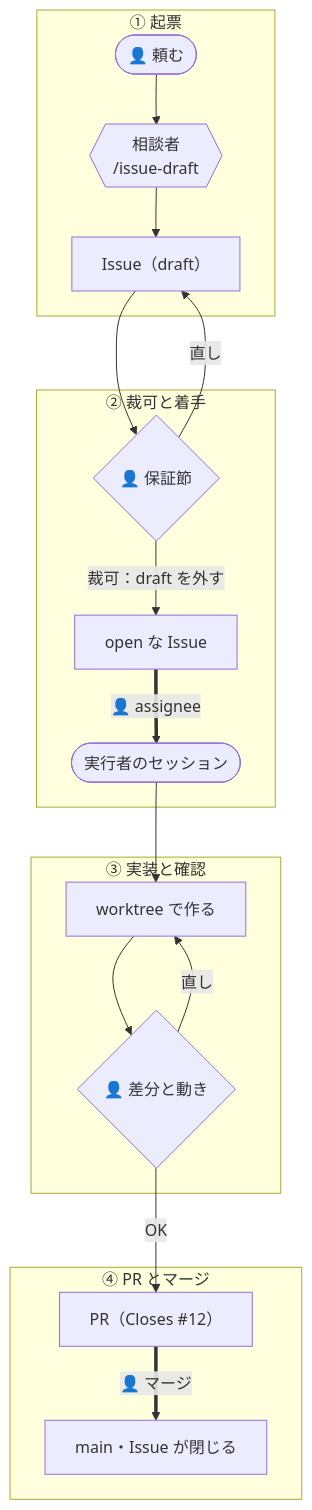
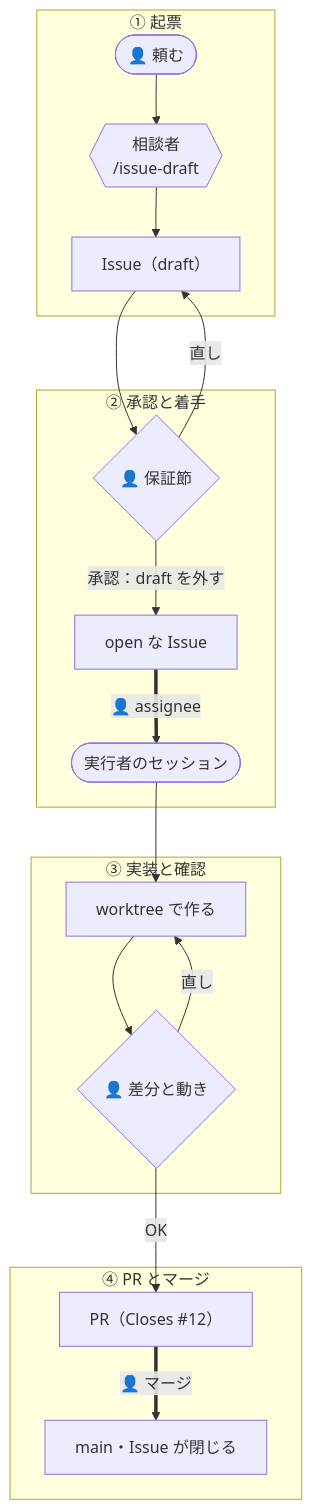
One commit to yktsnet/sdlc-kit changed the diagram in docs/flows/team.md. Above: the diagram before and after it, drawn with Mermaid. The commit also changed other lines of this file and 19 other files, not shown here.

````diff
--- a/docs/flows/team.md
+++ b/docs/flows/team.md
@@ -23,22 +23,22 @@
 ```mermaid
 flowchart TD
     subgraph p1 ["① 起票"]
         R(["👤 頼む"]) --> C{{"相談者<br/>/issue-draft"}}
         C --> I["Issue（draft）"]
     end
-    subgraph p2 ["② 裁可と着手"]
+    subgraph p2 ["② 承認と着手"]
         I --> A{"👤 保証節"}
         A -->|直し| I
-        A -->|"裁可：draft を外す"| O[open な Issue]
+        A -->|"承認：draft を外す"| O[open な Issue]
         O ==>|"👤 assignee"| E(["実行者のセッション"])
     end
     subgraph p3 ["③ 実装と確認"]
         E --> W[worktree で作る]
         W --> V{"👤 差分と動き"}
         V -->|直し| W
     end
     subgraph p4 ["④ PR とマージ"]
         V -->|OK| P["PR（Closes #12）"]
         P ==>|"👤 マージ"| M[main・Issue が閉じる]
     end
 ```
````
